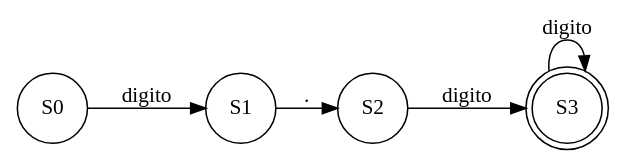
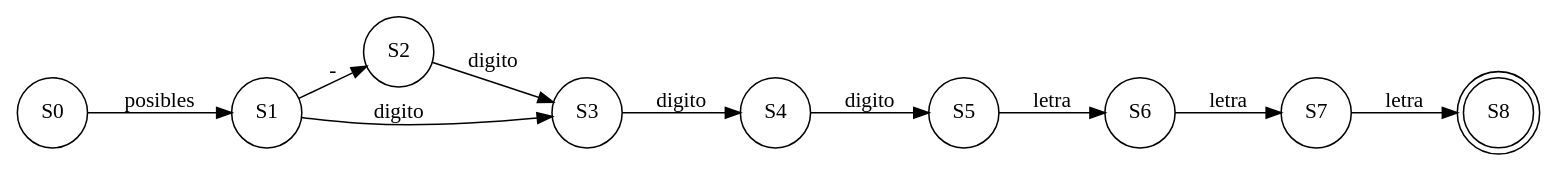
One commit to RojasCJP/Proyecto1_Compi1 changed the diagram in out/production/Proyecto1/Graphviz/AFD1.dot. Above: the diagram before and after it, drawn with Graphviz. The commit also changed 437 other files, not shown here.

```diff
--- a/out/production/Proyecto1/Graphviz/AFD1.dot
+++ b/out/production/Proyecto1/Graphviz/AFD1.dot
@@ -1,8 +1,13 @@
 digraph structs {
 rankdir=LR;
-node [shape=doublecircle];S3;
-node [shape=circle];S0->S1[label="digito"];
-S1->S2[label="."];
+node [shape=doublecircle];S8;
+node [shape=circle];S0->S1[label="posibles"];
+S1->S2[label="-"];
+S1->S3[label="digito"];
 S2->S3[label="digito"];
-S3->S3[label="digito"];
+S3->S4[label="digito"];
+S4->S5[label="digito"];
+S5->S6[label="letra"];
+S6->S7[label="letra"];
+S7->S8[label="letra"];
 }
```
